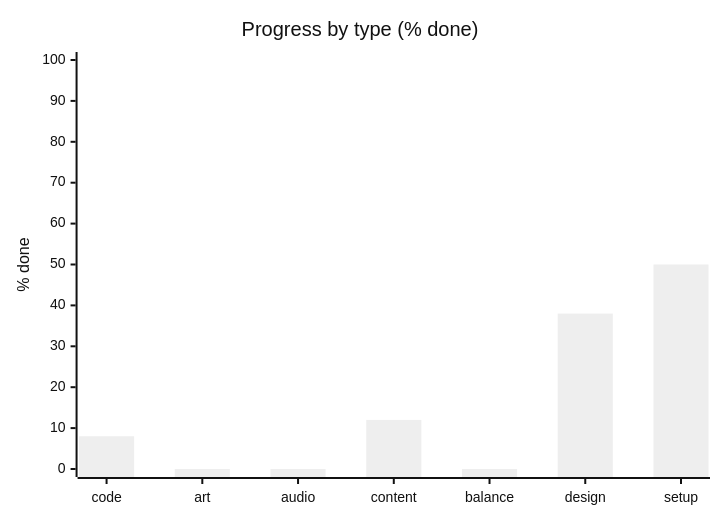
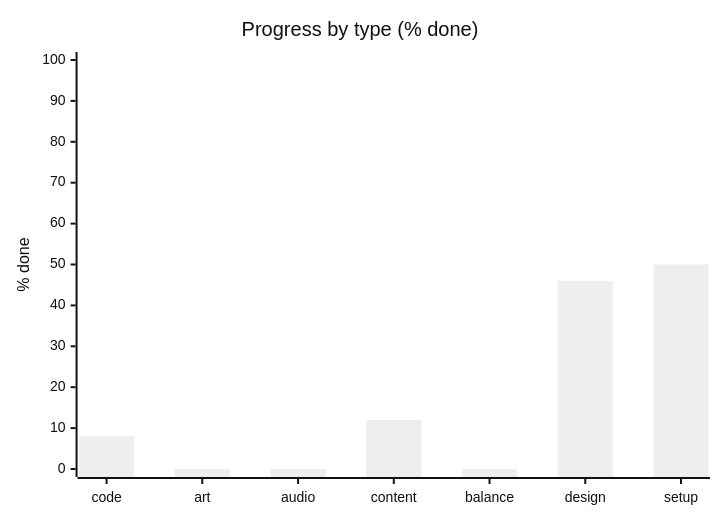
One commit to artemiiShabanov/RallyRivals changed the second of 3 diagrams in STATUS.md. Above: the diagram before and after it, drawn with Mermaid (neutral theme). The commit also changed other lines of this file and 2 other files, not shown here.

````diff
--- a/STATUS.md
+++ b/STATUS.md
@@ -17,7 +17,7 @@
 ```mermaid
 xychart-beta
     title "Progress by type (% done)"
     x-axis ["code", "art", "audio", "content", "balance", "design", "setup"]
     y-axis "% done" 0 --> 100
-    bar [8, 0, 0, 12, 0, 38, 50]
+    bar [8, 0, 0, 12, 0, 46, 50]
 ```
````
